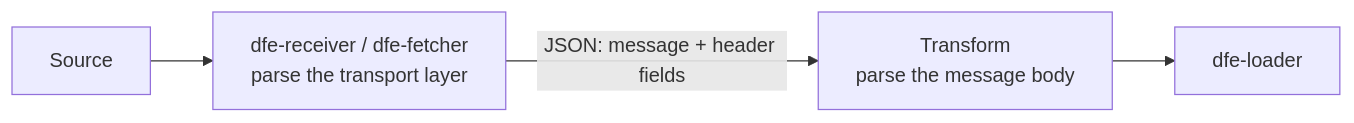
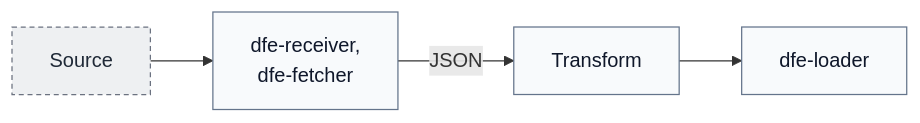
Before and after one commit to hyperi-io/dfe-infra: the diagram in docs/design-principles.md, drawn with Mermaid. The commit also changed other lines of this file and 63 other files, not shown here.

````diff
--- a/docs/design-principles.md
+++ b/docs/design-principles.md
@@ -52,6 +52,18 @@
 ```mermaid
 flowchart LR
-    S[Source] --> R["dfe-receiver / dfe-fetcher<br>parse the transport layer"]
-    R -->|"JSON: message + header fields"| T["Transform<br>parse the message body"]
-    T --> L[dfe-loader]
+    accTitle: L4 Detail -- Where parsing happens
+    accDescr: A source sends to dfe-receiver or dfe-fetcher, which parse the transport layer and emit JSON with the payload in message beside the header fields. A transform parses the message body, and dfe-loader writes the result.
+
+    source["Source"]
+    edge["dfe-receiver,<br/>dfe-fetcher"]
+    transform["Transform"]
+    loader["dfe-loader"]
+
+    source --> edge
+    edge -->|JSON| transform
+    transform --> loader
+
+    classDef default fill:#F8FAFC,stroke:#64748B,stroke-width:1px,color:#0F172A
+    classDef ext fill:#EEF0F2,stroke:#6B7280,stroke-width:1px,stroke-dasharray:4 3,color:#1F2937
+    class source ext
 ```
````
